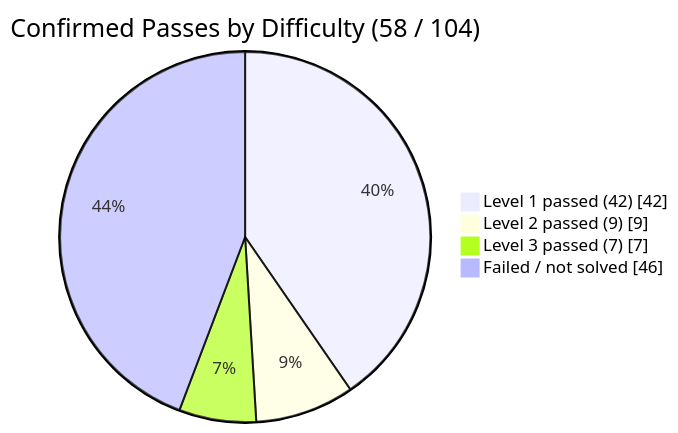
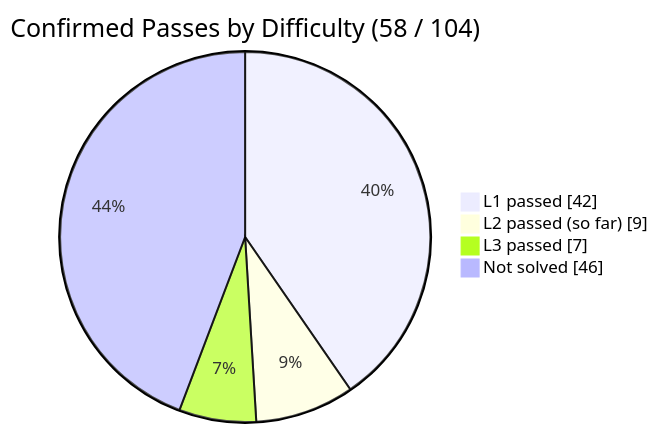
The diagram in benchmark/results/README.md (musicsms/decepticon), drawn with Mermaid before and after one commit. The commit also changed other lines of this file and 1 other file, not shown here.

````diff
--- a/benchmark/results/README.md
+++ b/benchmark/results/README.md
@@ -23,7 +18,7 @@
 ```mermaid
 pie showData title Confirmed Passes by Difficulty (58 / 104)
-    "Level 1 passed (42)" : 42
-    "Level 2 passed (9)"  : 9
-    "Level 3 passed (7)"  : 7
-    "Failed / not solved" : 46
+    "L1 passed" : 42
+    "L2 passed (so far)"  : 9
+    "L3 passed"  : 7
+    "Not solved" : 46
 ```
````
